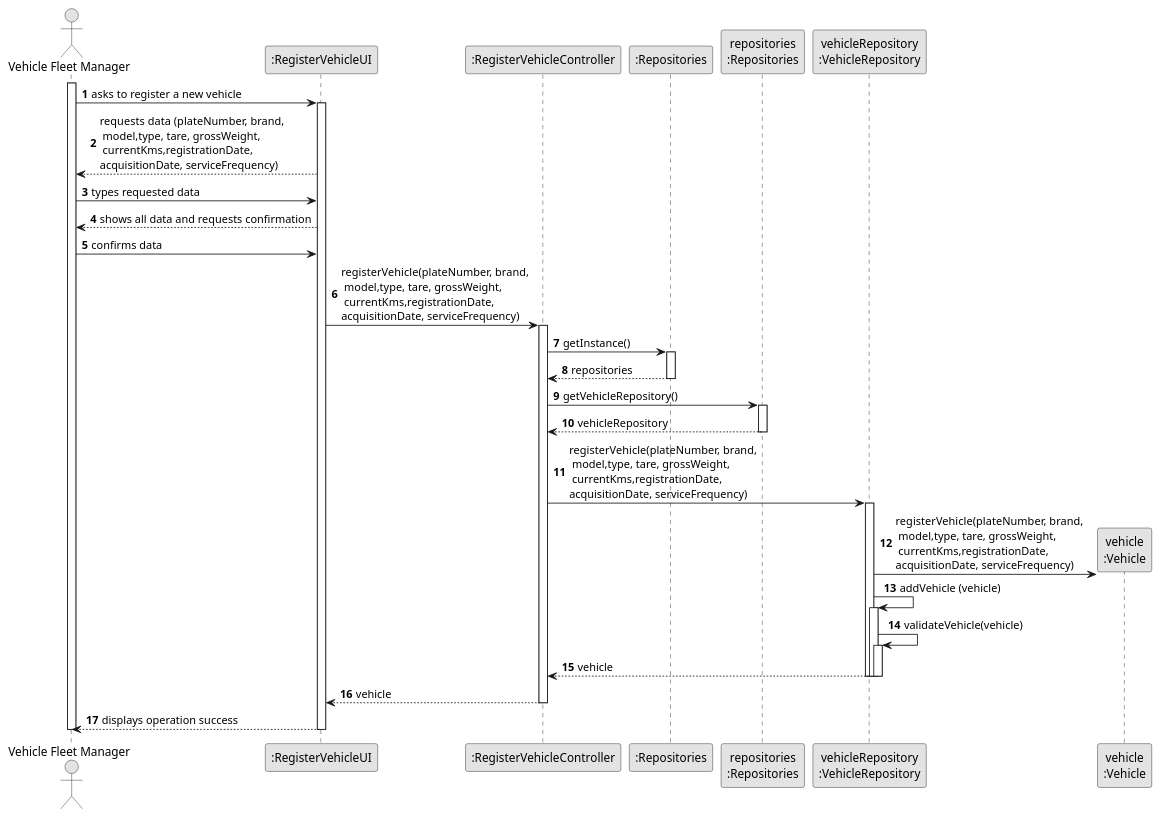
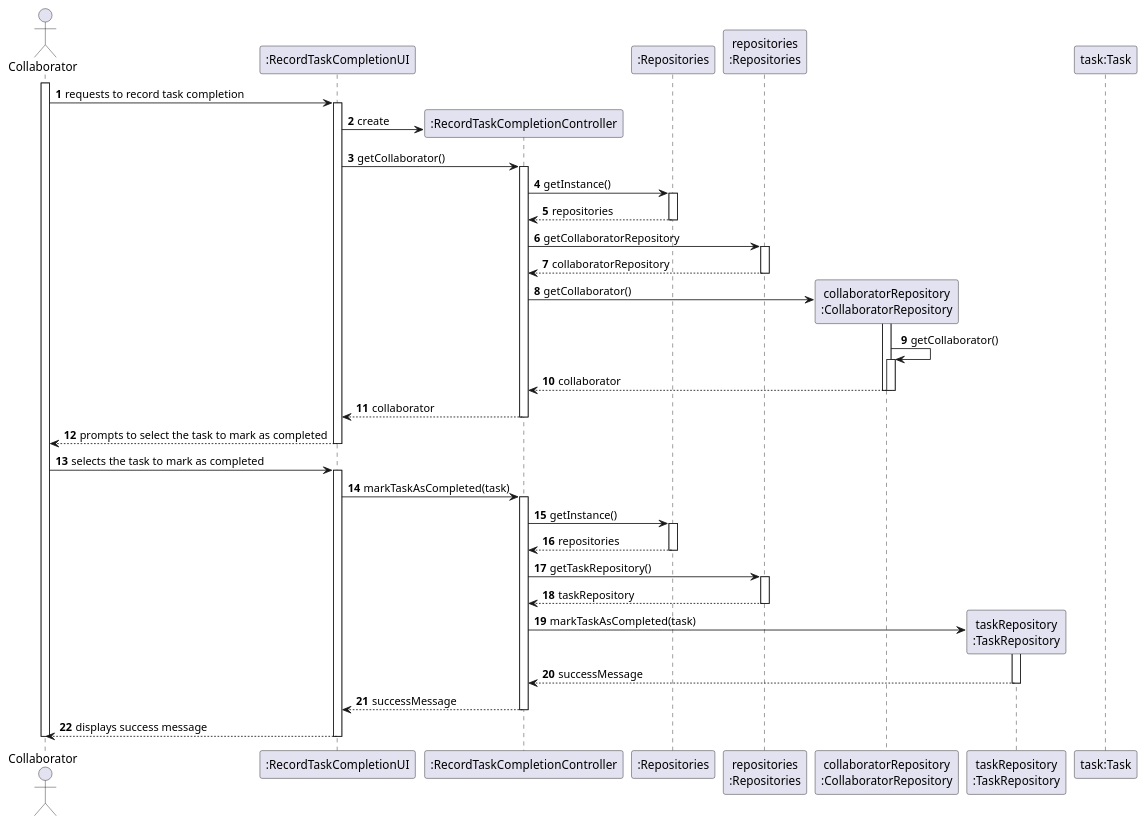
Before and after one commit to diogoveirospro/lei-24-s2-1dg-g072: the diagram in docs/sprintC/us029/03.design/puml/us029-sequence-diagram-full.puml, drawn with PlantUML. The commit also changed 7 other files, not shown here.

```diff
--- a/docs/sprintC/us029/03.design/puml/us029-sequence-diagram-full.puml
+++ b/docs/sprintC/us029/03.design/puml/us029-sequence-diagram-full.puml
@@ -1,70 +1,86 @@
 @startuml
-skinparam monochrome true
+'skinparam monochrome true
 skinparam packageStyle rectangle
 skinparam shadowing false
 
 autonumber
 
-'hide footbox
-actor "Vehicle Fleet Manager" as ADM
-participant ":RegisterVehicleUI" as UI
-participant ":RegisterVehicleController" as CTRL
+actor "Collaborator" as Col
+participant ":RecordTaskCompletionUI" as UI
+participant ":RecordTaskCompletionController" as CTRL
 participant ":Repositories" as RepositorySingleton
-participant "repositories\n:Repositories" as PLAT
-participant "vehicleRepository\n:VehicleRepository" as vehicleRepository
-participant "vehicle\n:Vehicle" as VEHICLE
+participant "repositories\n:Repositories" as REP
+participant "collaboratorRepository\n:CollaboratorRepository" as collaboratorRepository
+participant "taskRepository\n:TaskRepository" as taskRepository
+participant "task:Task" as TASK
 
-activate ADM
+activate Col
 
-        ADM -> UI : asks to register a new vehicle
+Col -> UI : requests to record task completion
+activate UI
 
-        activate UI
+UI -> CTRL** : create
+UI -> CTRL : getCollaborator()
+activate CTRL
 
-            UI --> ADM : requests data (plateNumber, brand,\n model,type, tare, grossWeight,\n currentKms,registrationDate,\nacquisitionDate, serviceFrequency)
+CTRL -> RepositorySingleton : getInstance()
+activate RepositorySingleton
 
-            ADM -> UI : types requested data
+RepositorySingleton --> CTRL : repositories
+deactivate RepositorySingleton
 
-            UI --> ADM : shows all data and requests confirmation
+CTRL -> REP : getCollaboratorRepository
+activate REP
 
-            ADM -> UI : confirms data
+REP --> CTRL : collaboratorRepository
+deactivate REP
 
-            UI -> CTRL : registerVehicle(plateNumber, brand,\n model,type, tare, grossWeight,\n currentKms,registrationDate,\nacquisitionDate, serviceFrequency)
-            activate CTRL
+CTRL -> collaboratorRepository** : getCollaborator()
+activate collaboratorRepository
 
-                CTRL -> RepositorySingleton : getInstance()
-                activate RepositorySingleton
+collaboratorRepository -> collaboratorRepository : getCollaborator()
+activate collaboratorRepository
 
-                    RepositorySingleton --> CTRL: repositories
-                deactivate RepositorySingleton
+collaboratorRepository --> CTRL : collaborator
 
-                CTRL -> PLAT : getVehicleRepository()
-                activate PLAT
+deactivate collaboratorRepository
 
-                    PLAT --> CTRL: vehicleRepository
-                deactivate PLAT
+deactivate collaboratorRepository
+CTRL --> UI : collaborator
+deactivate CTRL
 
-                CTRL -> vehicleRepository : registerVehicle(plateNumber, brand,\n model,type, tare, grossWeight,\n currentKms,registrationDate,\nacquisitionDate, serviceFrequency)
-                activate vehicleRepository
+UI --> Col : prompts to select the task to mark as completed
+deactivate UI
 
-                vehicleRepository -> VEHICLE**: registerVehicle(plateNumber, brand,\n model,type, tare, grossWeight,\n currentKms,registrationDate,\nacquisitionDate, serviceFrequency)
-                vehicleRepository -> vehicleRepository: addVehicle (vehicle)
+Col -> UI : selects the task to mark as completed
+activate UI
 
-                 activate vehicleRepository
-                     vehicleRepository -> vehicleRepository: validateVehicle(vehicle)
-                     activate vehicleRepository
-                                vehicleRepository --> CTRL : vehicle
-                     deactivate vehicleRepository
+UI -> CTRL : markTaskAsCompleted(task)
+activate CTRL
 
-                 deactivate vehicleRepository
-                 deactivate vehicleRepository
+CTRL -> RepositorySingleton : getInstance()
+activate RepositorySingleton
 
-                            deactivate vehicleRepository
+RepositorySingleton --> CTRL : repositories
+deactivate RepositorySingleton
 
-            CTRL --> UI: vehicle
-            deactivate CTRL
-            UI --> ADM: displays operation success
-    deactivate UI
+CTRL -> REP : getTaskRepository()
+activate REP
 
-deactivate ADM
+REP --> CTRL : taskRepository
+deactivate REP
 
+CTRL -> taskRepository** : markTaskAsCompleted(task)
+activate taskRepository
+
+taskRepository --> CTRL : successMessage
+deactivate taskRepository
+
+CTRL --> UI : successMessage
+deactivate CTRL
+
+UI --> Col : displays success message
+deactivate UI
+
+deactivate Col
 @enduml
```
